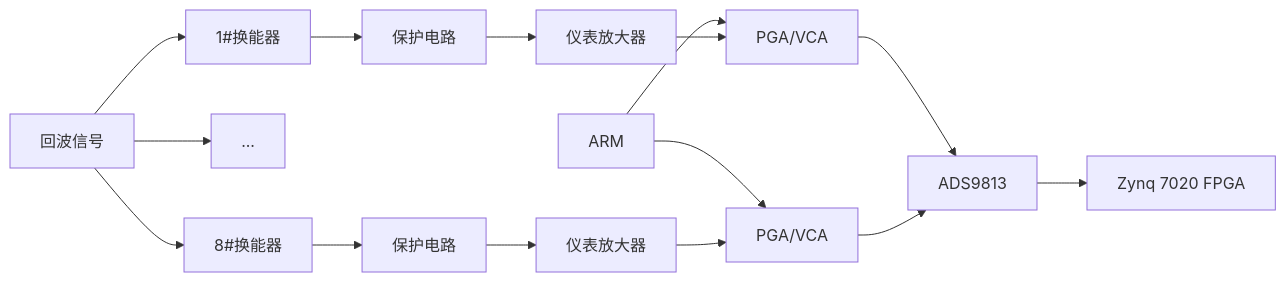
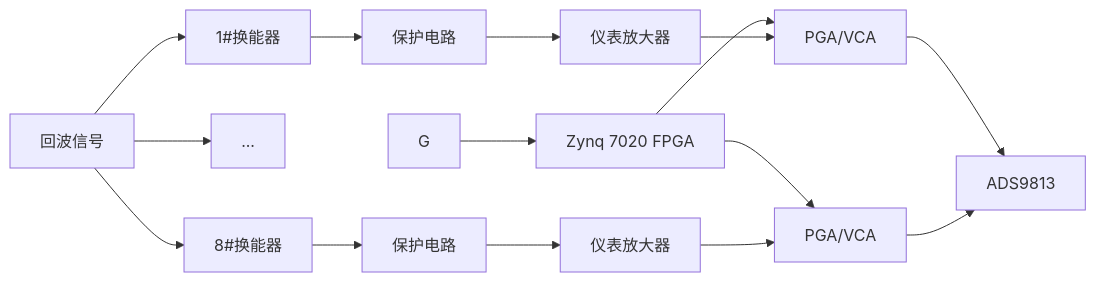
One commit to Rukawa15/iodraw-files changed the diagram in all/同步采集.md. Above: the diagram before and after it, drawn with Mermaid.

Commit message:
2025-06-19 14:37:32 update

````diff
--- a/all/同步采集.md
+++ b/all/同步采集.md
@@ -1,24 +1,24 @@
 ```mermaid
 graph LR
 A[回波信号]
 A --> B1[1#换能器]
 A --> ...
 A --> B8[8#换能器]
 
 B1 --> C1[保护电路]
 B8 --> C8[保护电路]
 
 C1 --> D1[仪表放大器]
 C8 --> D8[仪表放大器]
-H[Zynq 7020ARM] --> E1
-H[ARM] --> E8
+H[Zynq 7020 ARM] --> E1
+H[Zynq 7020 ARM] --> E8
 D1 --> E1[PGA/VCA]
 D8 --> E8[PGA/VCA]
 
 E1 --> F[ADS9813]
 E8 --> F[ADS9813] 
 
-F --> G[Zynq 7020 FPGA]
+G --> H[Zynq 7020 FPGA]
 
 
 ```
````
